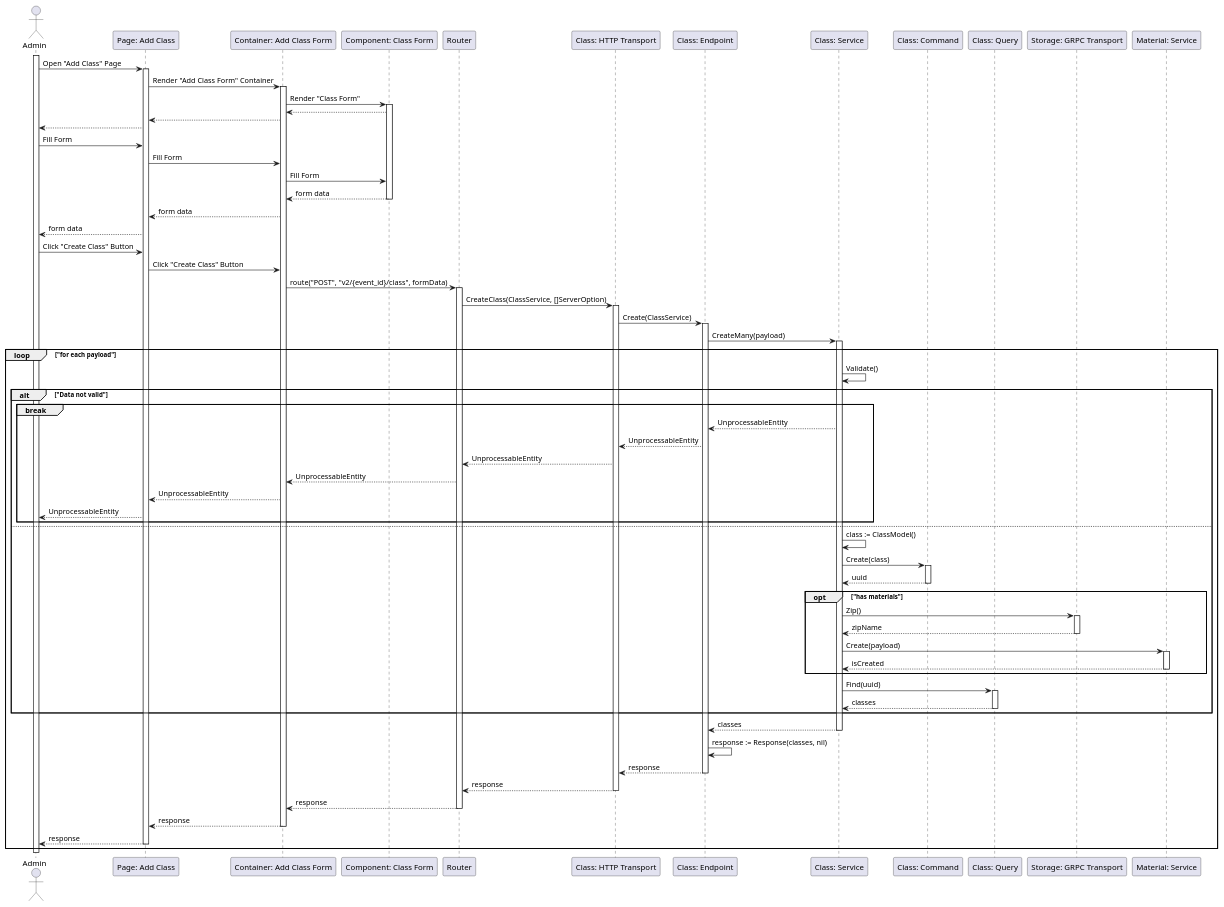
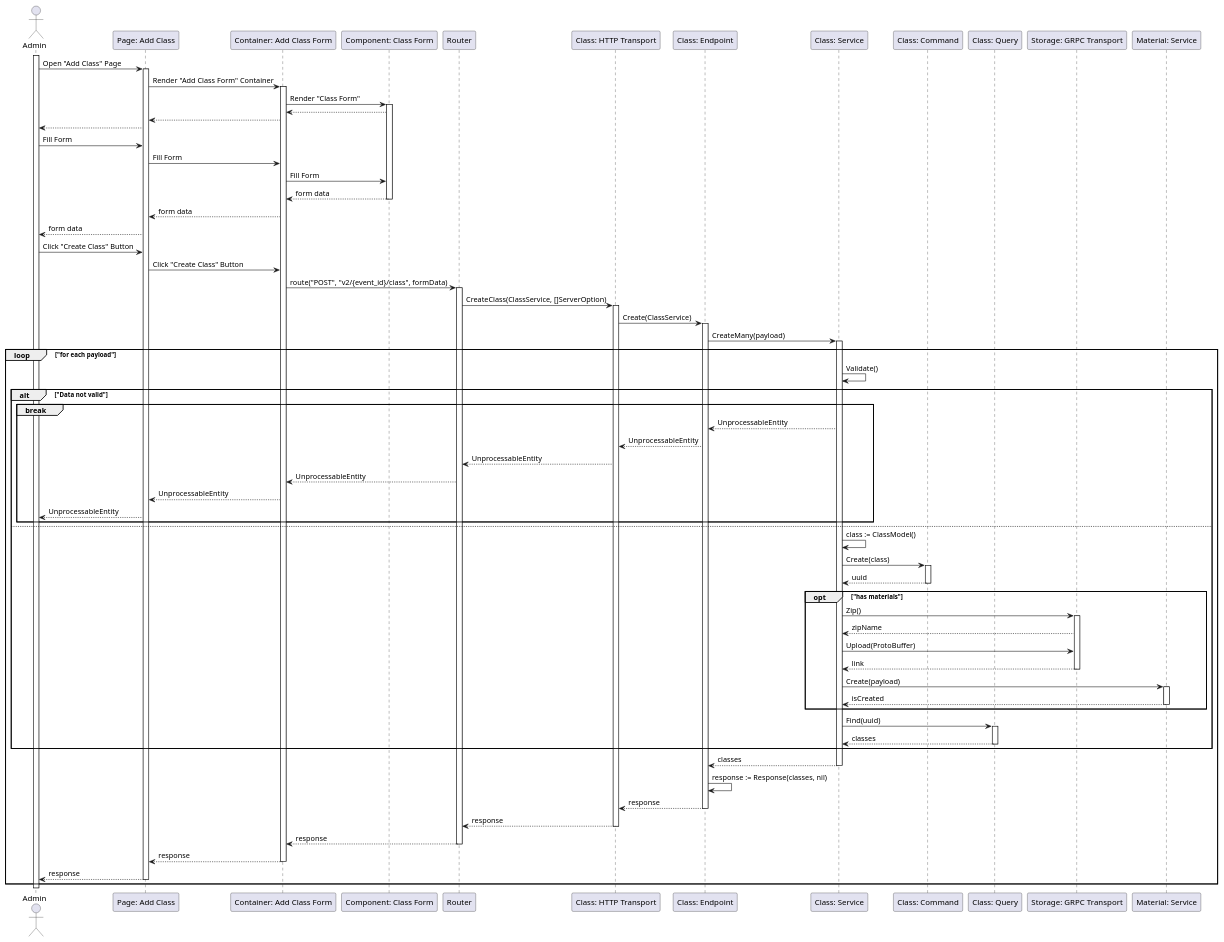
Before and after one commit to fwidjaya20/fazzlearning-uml: the diagram in Sequance/Release01/CreateClass.wsd, drawn with PlantUML.

Commit message:
sequence: adding upload lifeline

```diff
--- a/Sequance/Release01/CreateClass.wsd
+++ b/Sequance/Release01/CreateClass.wsd
@@ -1,101 +1,103 @@
 @startuml CreateClass
 
 actor Admin
 participant "Page: Add Class" as AddClassPage
 participant "Container: Add Class Form" as AddClassFormContainer
 participant "Component: Class Form" as ClassForm
 participant "Router" as Router
 participant "Class: HTTP Transport" as ClassHTTPTransport
 participant "Class: Endpoint" as ClassEndpoint
 participant "Class: Service" as ClassService
 participant "Class: Command" as ClassCommand
 participant "Class: Query" as ClassQuery
 participant "Storage: GRPC Transport" as StorageGRPCTransport
 participant "Material: Service" as MaterialService
 
 activate Admin
 
 Admin->AddClassPage: Open "Add Class" Page
 activate AddClassPage
 AddClassPage->AddClassFormContainer: Render "Add Class Form" Container
 activate AddClassFormContainer
 AddClassFormContainer->ClassForm: Render "Class Form"
 activate ClassForm
 ClassForm-->AddClassFormContainer
 AddClassFormContainer-->AddClassPage
 AddClassPage-->Admin
 
 Admin->AddClassPage: Fill Form
 AddClassPage->AddClassFormContainer: Fill Form
 AddClassFormContainer->ClassForm: Fill Form
 ClassForm-->AddClassFormContainer: form data
 deactivate ClassForm
 AddClassFormContainer-->AddClassPage: form data
 AddClassPage-->Admin: form data
 
 Admin->AddClassPage: Click "Create Class" Button
 AddClassPage->AddClassFormContainer: Click "Create Class" Button
 AddClassFormContainer->Router: route("POST", "v2/{event_id}/class", formData)
 activate Router
 Router->ClassHTTPTransport: CreateClass(ClassService, []ServerOption)
 activate ClassHTTPTransport
 ClassHTTPTransport->ClassEndpoint: Create(ClassService)
 activate ClassEndpoint
 ClassEndpoint->ClassService: CreateMany(payload)
 
 loop "for each payload"
     activate ClassService
     ClassService->ClassService: Validate()
 
     alt "Data not valid"
         break
             ClassService-->ClassEndpoint: UnprocessableEntity
             ClassEndpoint-->ClassHTTPTransport: UnprocessableEntity
             ClassHTTPTransport-->Router: UnprocessableEntity
             Router-->AddClassFormContainer: UnprocessableEntity
             AddClassFormContainer-->AddClassPage: UnprocessableEntity
             AddClassPage-->Admin: UnprocessableEntity
         end
     else
         ClassService->ClassService: class := ClassModel()
         ClassService->ClassCommand: Create(class)
         activate ClassCommand
         ClassCommand-->ClassService: uuid
         deactivate ClassCommand
 
         opt "has materials"
             ClassService->StorageGRPCTransport: Zip()
             activate StorageGRPCTransport
             StorageGRPCTransport-->ClassService: zipName
+            ClassService->StorageGRPCTransport: Upload(ProtoBuffer)
+            StorageGRPCTransport-->ClassService: link
             deactivate StorageGRPCTransport
 
             ClassService->MaterialService: Create(payload)
             activate MaterialService
             MaterialService-->ClassService: isCreated
             deactivate MaterialService
         end
 
         ClassService->ClassQuery: Find(uuid)
         activate ClassQuery
         ClassQuery-->ClassService: classes
         deactivate ClassQuery
     end
 
     ClassService-->ClassEndpoint: classes
     deactivate ClassService
     ClassEndpoint->ClassEndpoint: response := Response(classes, nil)
     ClassEndpoint-->ClassHTTPTransport: response
     deactivate ClassEndpoint
     ClassHTTPTransport-->Router: response
     deactivate ClassHTTPTransport
     Router-->AddClassFormContainer: response
     deactivate Router
     AddClassFormContainer-->AddClassPage: response
     deactivate AddClassFormContainer
     AddClassPage-->Admin: response
     deactivate AddClassPage
 end
 
 deactivate Admin
 
 @enduml
```
